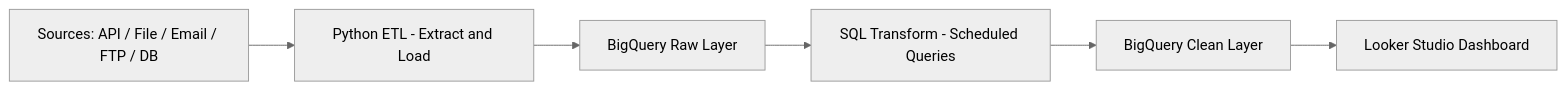
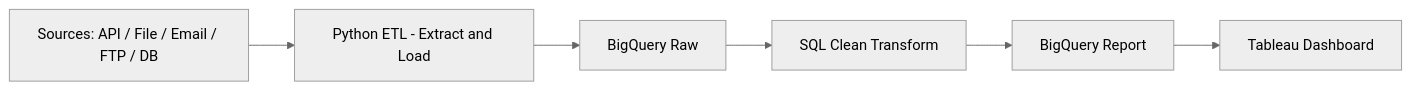
One commit to brwibisono/etl_python_bigquery changed the diagram in brwibisono_etl-projects/Readme.md. Above: the diagram before and after it, drawn with Mermaid (neutral theme).

````diff
--- a/brwibisono_etl-projects/Readme.md
+++ b/brwibisono_etl-projects/Readme.md
@@ -28,8 +28,8 @@
 ```mermaid
 flowchart LR
     A[Sources: API / File / Email / FTP / DB] --> B[Python ETL - Extract and Load]
-    B --> C[BigQuery Raw Layer]
-    C --> D[SQL Transform - Scheduled Queries]
-    D --> E[BigQuery Clean Layer]
-    E --> F[Looker Studio Dashboard]
+    B --> C[BigQuery Raw]
+    C --> D[SQL Clean Transform]
+    D --> E[BigQuery Report]
+    E --> F[Tableau Dashboard]
 ```
````
